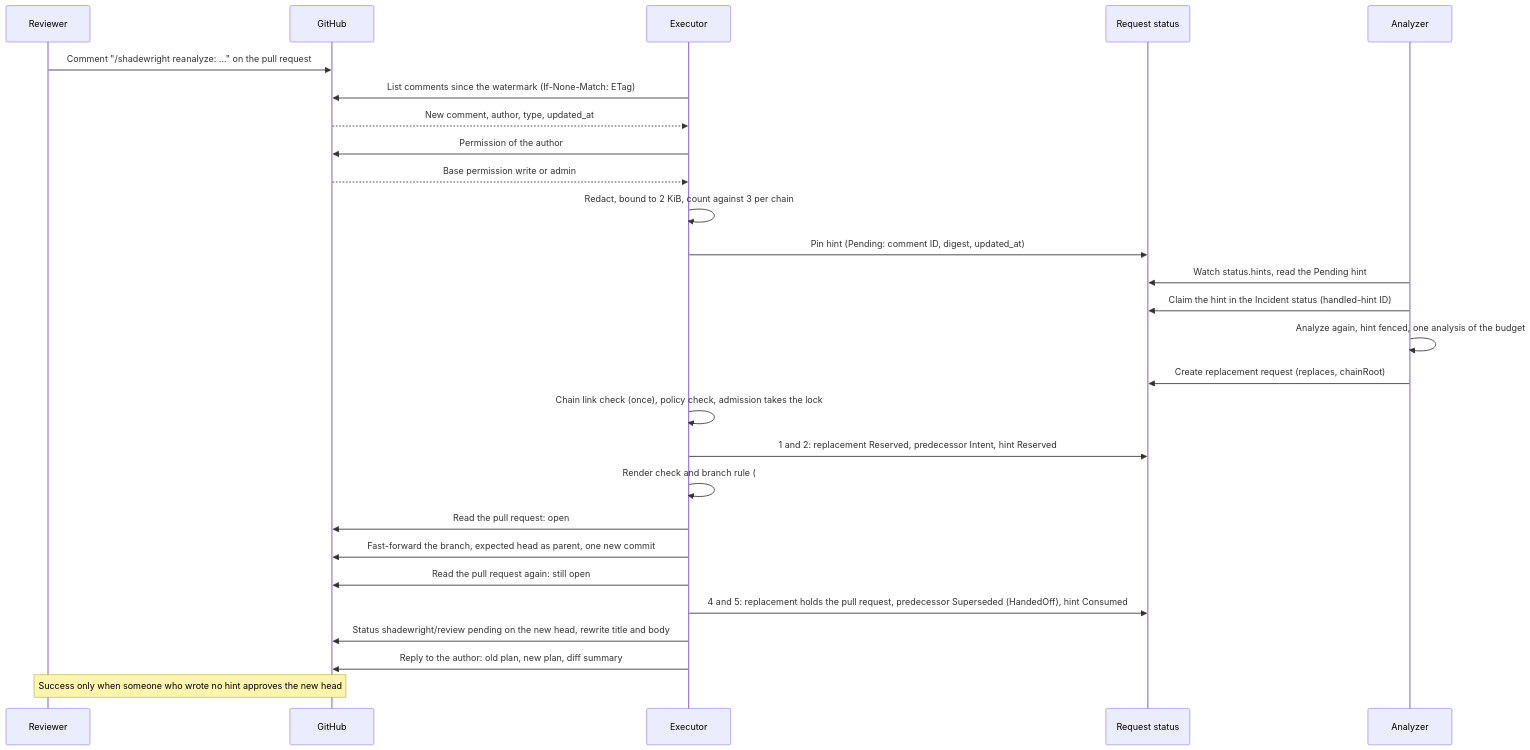
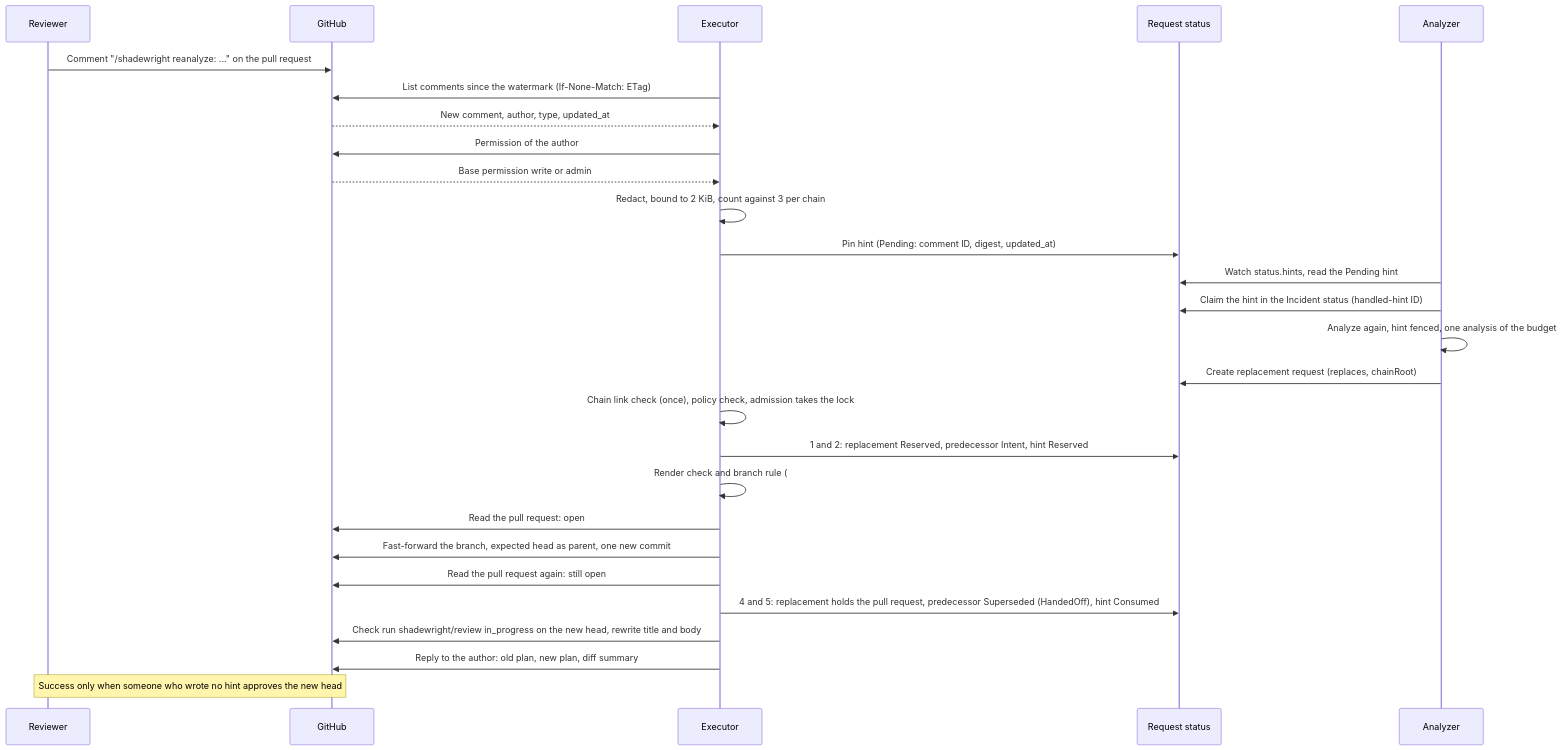
The first of 3 diagrams in docs/adr/0028-reviewer-hints-through-the-pull-request.md (pkalin/shadewright), drawn with Mermaid before and after one commit. The commit also changed other lines of this file and 7 other files, not shown here.

First line of the commit message:
docs(adr): make the merge gate a check run with checks: write

````diff
--- a/docs/adr/0028-reviewer-hints-through-the-pull-request.md
+++ b/docs/adr/0028-reviewer-hints-through-the-pull-request.md
@@ -130,29 +130,29 @@
 ```mermaid
 sequenceDiagram
     participant R as Reviewer
     participant G as GitHub
     participant E as Executor
     participant S as Request status
     participant A as Analyzer
     R->>G: Comment "/shadewright reanalyze: ..." on the pull request
     E->>G: List comments since the watermark (If-None-Match: ETag)
     G-->>E: New comment, author, type, updated_at
     E->>G: Permission of the author
     G-->>E: Base permission write or admin
     E->>E: Redact, bound to 2 KiB, count against 3 per chain
     E->>S: Pin hint (Pending: comment ID, digest, updated_at)
     A->>S: Watch status.hints, read the Pending hint
     A->>S: Claim the hint in the Incident status (handled-hint ID)
     A->>A: Analyze again, hint fenced, one analysis of the budget
     A->>S: Create replacement request (replaces, chainRoot)
     E->>E: Chain link check (once), policy check, admission takes the lock
     E->>S: 1 and 2: replacement Reserved, predecessor Intent, hint Reserved
     E->>E: Render check and branch rule (#524)
     E->>G: Read the pull request: open
     E->>G: Fast-forward the branch, expected head as parent, one new commit
     E->>G: Read the pull request again: still open
     E->>S: 4 and 5: replacement holds the pull request, predecessor Superseded (HandedOff), hint Consumed
-    E->>G: Status shadewright/review pending on the new head, rewrite title and body
+    E->>G: Check run shadewright/review in_progress on the new head, rewrite title and body
     E->>G: Reply to the author: old plan, new plan, diff summary
     Note over R,G: Success only when someone who wrote no hint approves the new head
 ```
````
